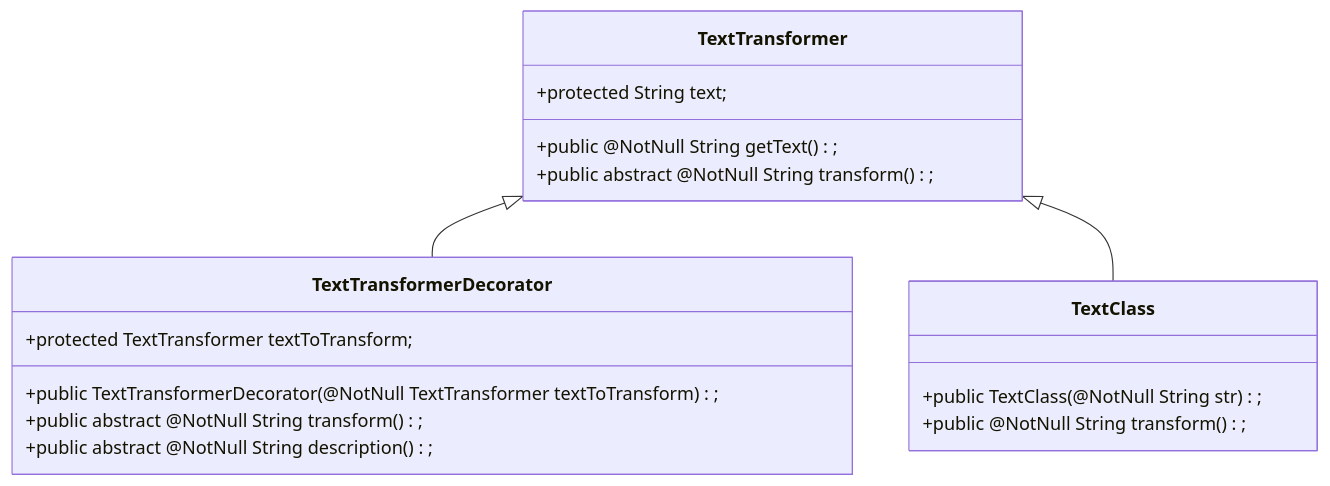
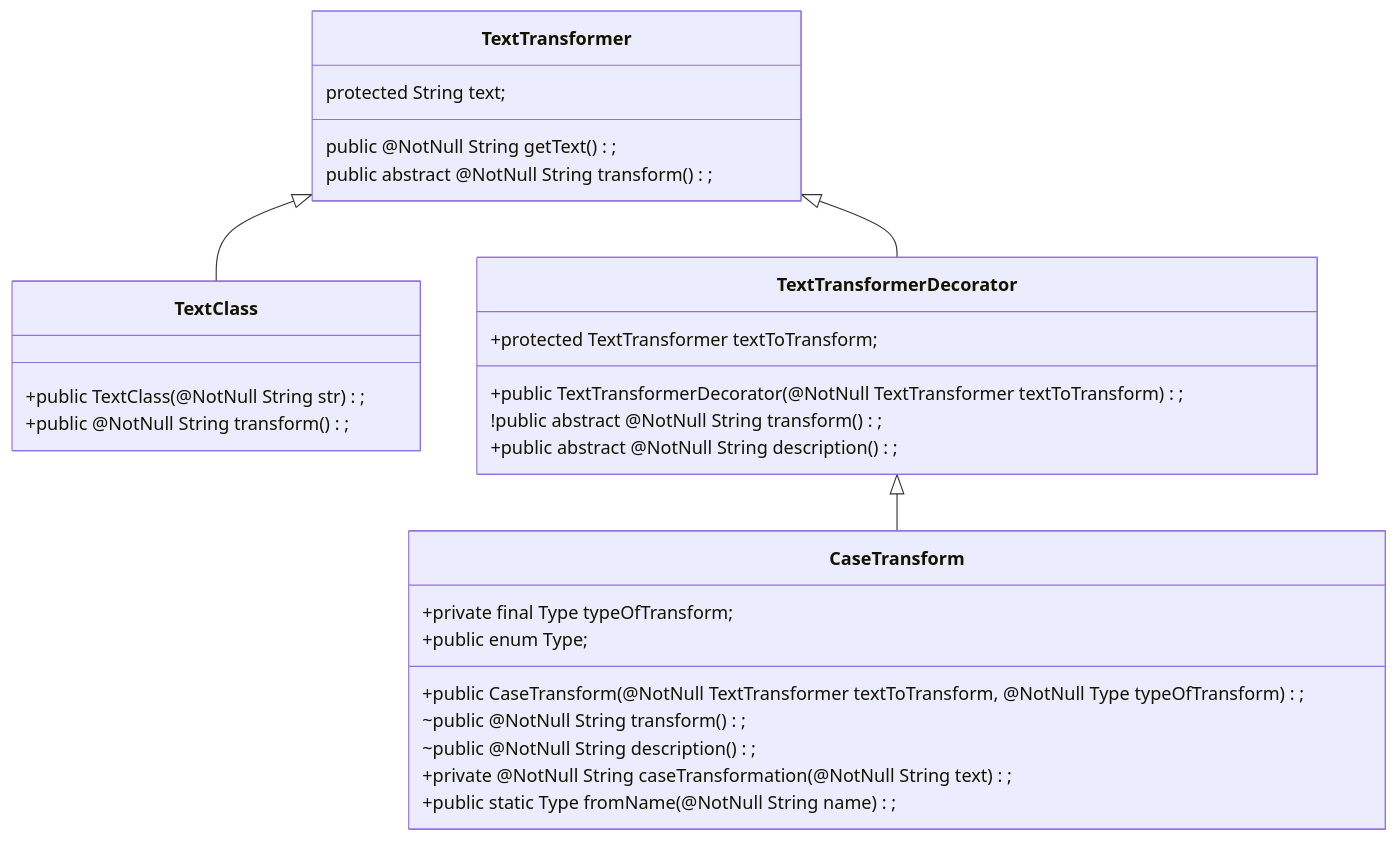
The diagram in exampleclass.md (Dashrek/SK2_R_P_S), drawn with Mermaid before and after one commit.

````diff
--- a/exampleclass.md
+++ b/exampleclass.md
@@ -2,20 +2,30 @@
 ```mermaid
 classDiagram
   class TextTransformer {
-    +protected String text;
-    +public @NotNull String getText();
-    +public abstract @NotNull String transform();
+    protected String text;
+    public @NotNull String getText();
+    public abstract @NotNull String transform();
   }
   class TextClass {
     +public TextClass(@NotNull String str);
     +public @NotNull String transform();
   }
   class TextTransformerDecorator{
     +protected TextTransformer textToTransform;
     +public TextTransformerDecorator(@NotNull TextTransformer textToTransform);
-    +public abstract @NotNull String transform();
+    !public abstract @NotNull String transform();
     +public abstract @NotNull String description();
+  }
+  class CaseTransform{
+    +private final Type typeOfTransform;
+    +public CaseTransform(@NotNull TextTransformer textToTransform, @NotNull Type typeOfTransform);
+    ~public @NotNull String transform();
+    ~public @NotNull String description();
+    +private @NotNull String caseTransformation(@NotNull String text);
+    +public enum Type;
+    +public static Type fromName(@NotNull String name);
   }
   TextTransformer <|-- TextTransformerDecorator
   TextTransformer <|-- TextClass
+  TextTransformerDecorator <|-- CaseTransform
 ```
````
